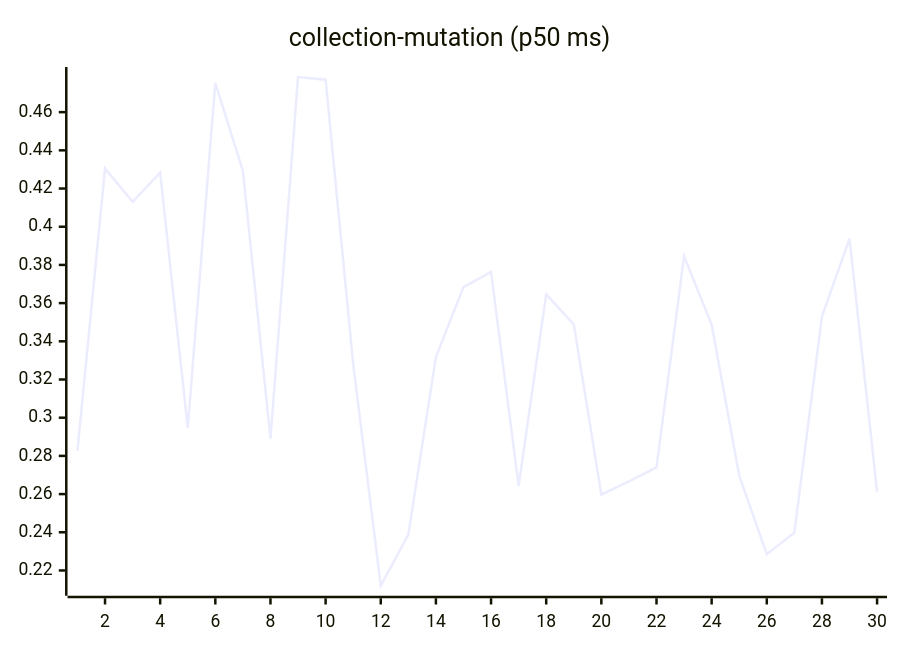
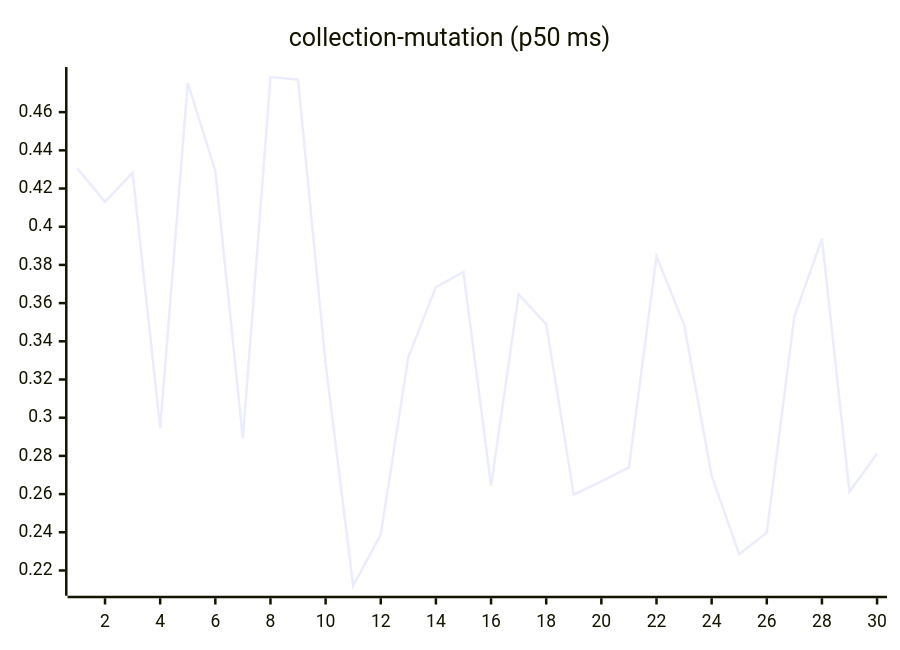
One commit to josha/Facet changed the sixth of 27 diagrams in README.md. Above: the diagram before and after it, drawn with Mermaid. The commit also changed other lines of this file and 2 other files, not shown here.

````diff
--- a/README.md
+++ b/README.md
@@ -98,6 +98,6 @@
 ```mermaid
 xychart-beta
     title "collection-mutation (p50 ms)"
     x-axis 1 --> 30
-    line [0.2826, 0.4305, 0.4130, 0.4283, 0.2946, 0.4753, 0.4292, 0.2890, 0.4784, 0.4770, 0.3282, 0.2120, 0.2388, 0.3318, 0.3684, 0.3763, 0.2643, 0.3646, 0.3489, 0.2597, 0.2667, 0.2740, 0.3845, 0.3488, 0.2697, 0.2285, 0.2398, 0.3530, 0.3937, 0.2612]
+    line [0.4305, 0.4130, 0.4283, 0.2946, 0.4753, 0.4292, 0.2890, 0.4784, 0.4770, 0.3282, 0.2120, 0.2388, 0.3318, 0.3684, 0.3763, 0.2643, 0.3646, 0.3489, 0.2597, 0.2667, 0.2740, 0.3845, 0.3488, 0.2697, 0.2285, 0.2398, 0.3530, 0.3937, 0.2612, 0.2812]
 ```
````
